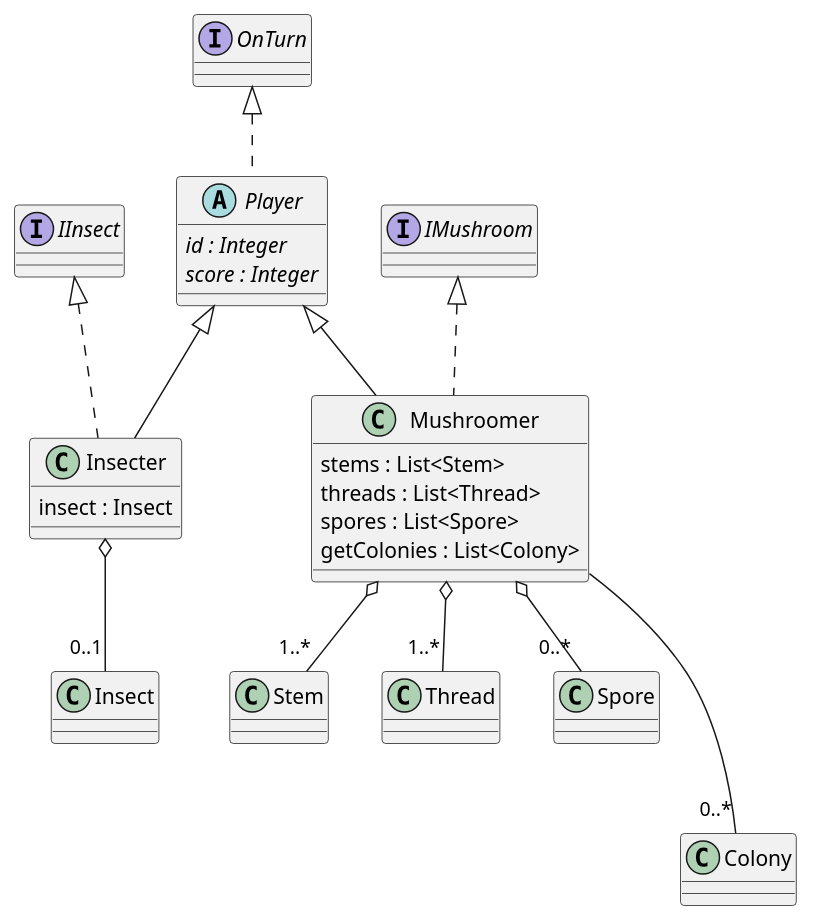
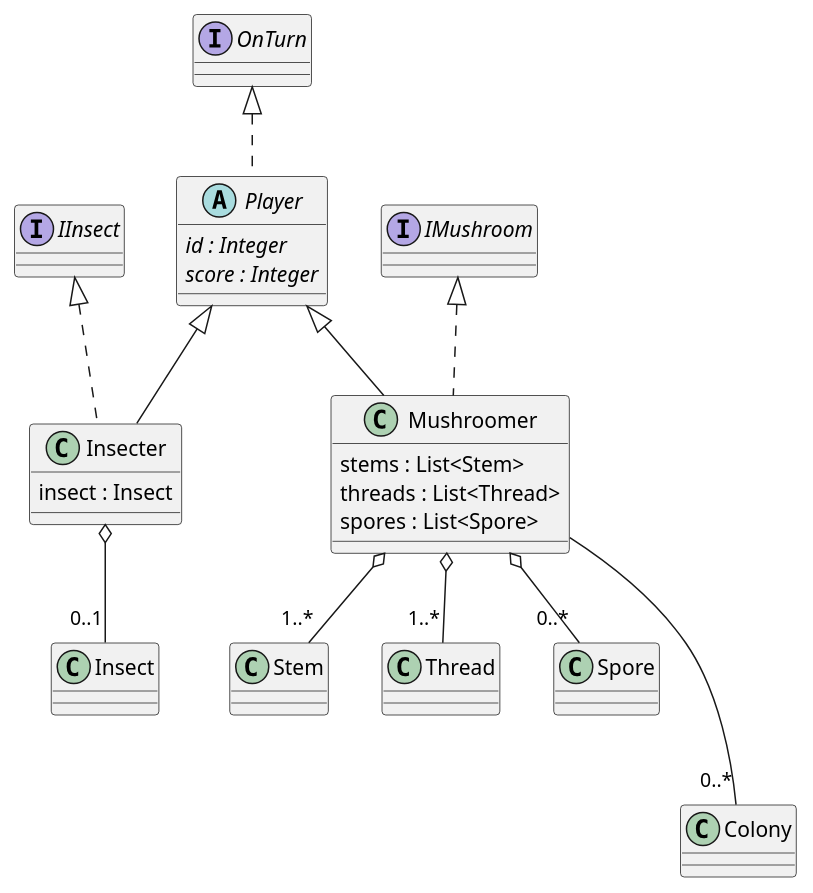
The diagram in 3/visitor_class/player.puml (Petya-G/fungorium), drawn with PlantUML before and after one commit. The commit also changed 1 other file, not shown here.

Commit message:
removed colony

```diff
--- a/3/visitor_class/player.puml
+++ b/3/visitor_class/player.puml
@@ -1,24 +1,23 @@
 @startuml player
 
 abstract class Player implements OnTurn{
     {abstract} id : Integer
     {abstract} score : Integer
 }
 
 Insecter o-- "0..1" Insect
 class Insecter extends Player implements IInsect{
     insect : Insect
 }
 
 Mushroomer o-- "1..*" Stem
 Mushroomer o-- "1..*" Thread
 Mushroomer o-- "0..*" Spore
 Mushroomer --- "0..*" Colony
 class Mushroomer extends Player implements IMushroom{
     stems : List<Stem>
     threads : List<Thread>
     spores : List<Spore>
-    getColonies : List<Colony>
 }
 
 @enduml
```
